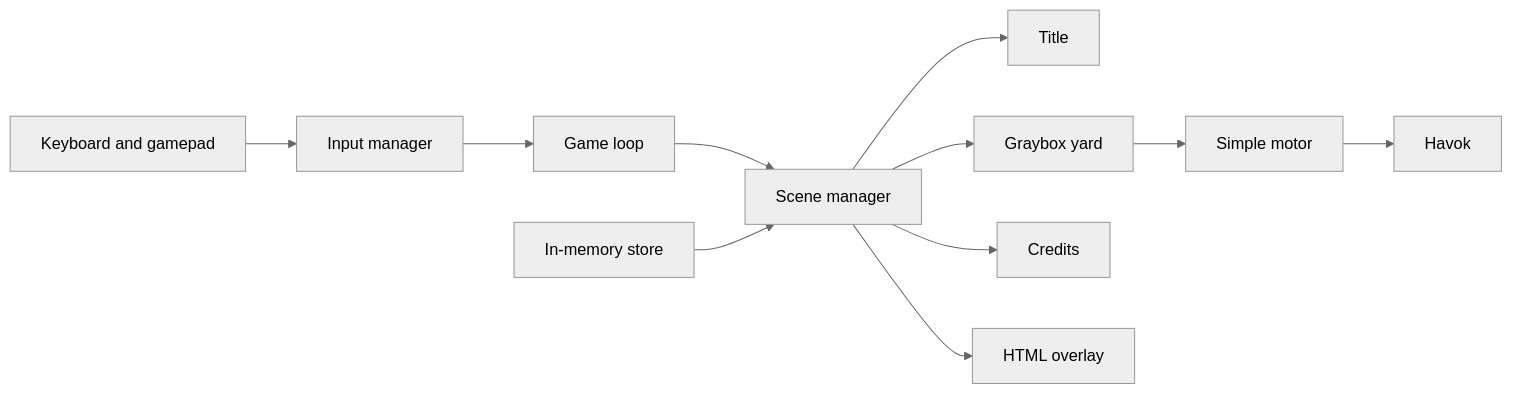
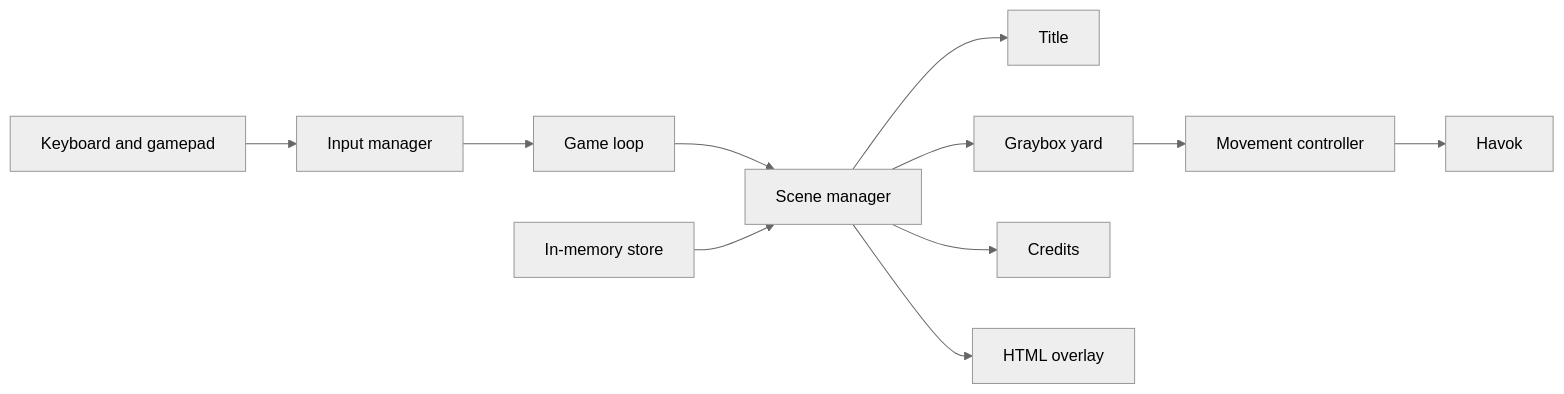
The diagram in docs/architecture.md (AndreGalvez03/chaos-garden), drawn with Mermaid (neutral theme) before and after one commit. The commit also changed other lines of this file and 41 other files, not shown here.

First line of the commit message:
Add the M1 movement controller (#2)

````diff
--- a/docs/architecture.md
+++ b/docs/architecture.md
@@ -29,13 +29,13 @@
 ```mermaid
 flowchart LR
   keys[Keyboard and gamepad] --> input[Input manager]
   input --> loop[Game loop]
   loop --> scenes[Scene manager]
   store[In-memory store] --> scenes
   scenes --> title[Title]
   scenes --> yard[Graybox yard]
   scenes --> credits[Credits]
-  yard --> motor[Simple motor]
+  yard --> motor[Movement controller]
   motor --> physics[Havok]
   scenes --> overlay[HTML overlay]
 ```
````
